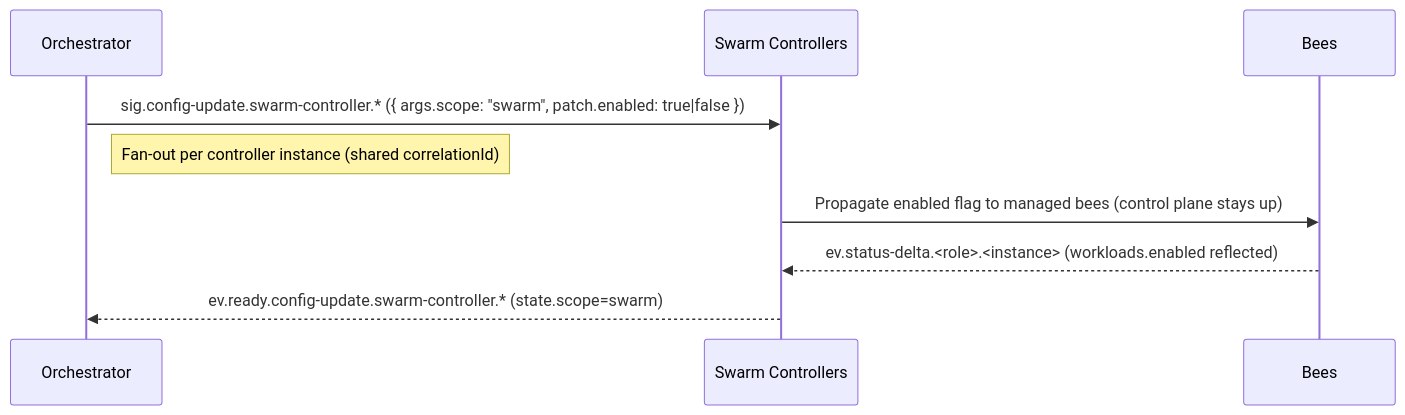
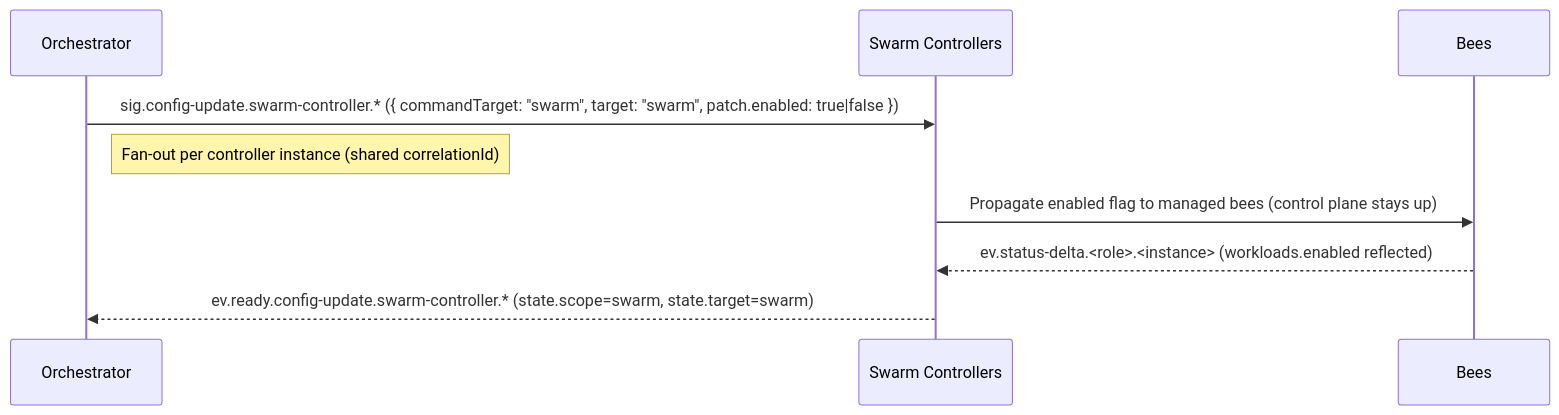
One commit to sepa79/PocketHive changed the fourth of 8 diagrams in docs/ARCHITECTURE.md. Above: the diagram before and after it, drawn with Mermaid. The commit also changed other lines of this file and 32 other files, not shown here.

````diff
--- a/docs/ARCHITECTURE.md
+++ b/docs/ARCHITECTURE.md
@@ -187,12 +190,12 @@
 ```mermaid
 sequenceDiagram
   participant QN as Orchestrator
   participant MSH as Swarm Controllers
   participant CMP as Bees
 
-  QN->>MSH: sig.config-update.swarm-controller.* ({ args.scope: "swarm", patch.enabled: true|false })
+  QN->>MSH: sig.config-update.swarm-controller.* ({ commandTarget: "swarm", target: "swarm", patch.enabled: true|false })
   note right of QN: Fan-out per controller instance (shared correlationId)
   MSH->>CMP: Propagate enabled flag to managed bees (control plane stays up)
   CMP-->>MSH: ev.status-delta.<role>.<instance> (workloads.enabled reflected)
-  MSH-->>QN: ev.ready.config-update.swarm-controller.* (state.scope=swarm)
+  MSH-->>QN: ev.ready.config-update.swarm-controller.* (state.scope=swarm, state.target=swarm)
 ```
````
